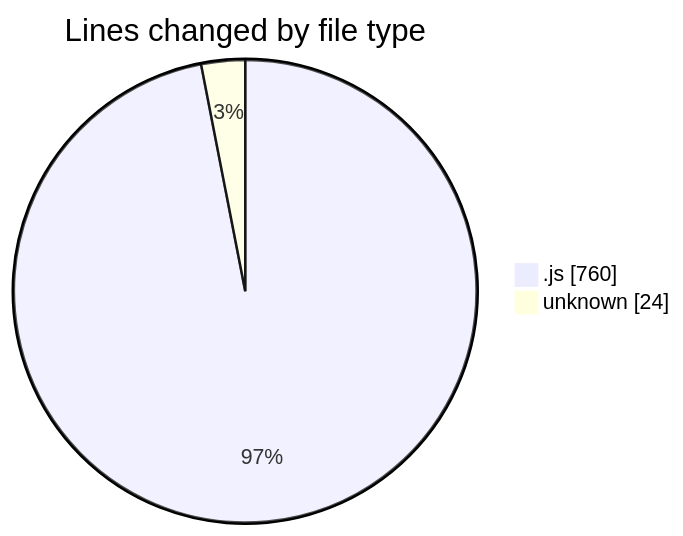
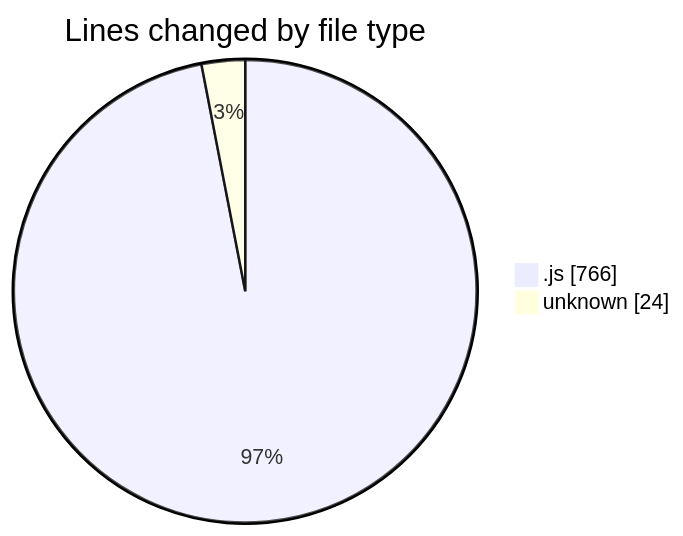
One commit to momahboobian/code-tracking changed the first of 2 diagrams in 2025-02-03/cda/README.md. Above: the diagram before and after it, drawn with Mermaid. The commit also changed other lines of this file and 1 other file, not shown here.

````diff
--- a/2025-02-03/cda/README.md
+++ b/2025-02-03/cda/README.md
@@ -24,6 +24,6 @@
 ```mermaid
 pie showData
 title Lines changed by file type
-".js" : 760
+".js" : 766
 "unknown" : 24
 ```
````
